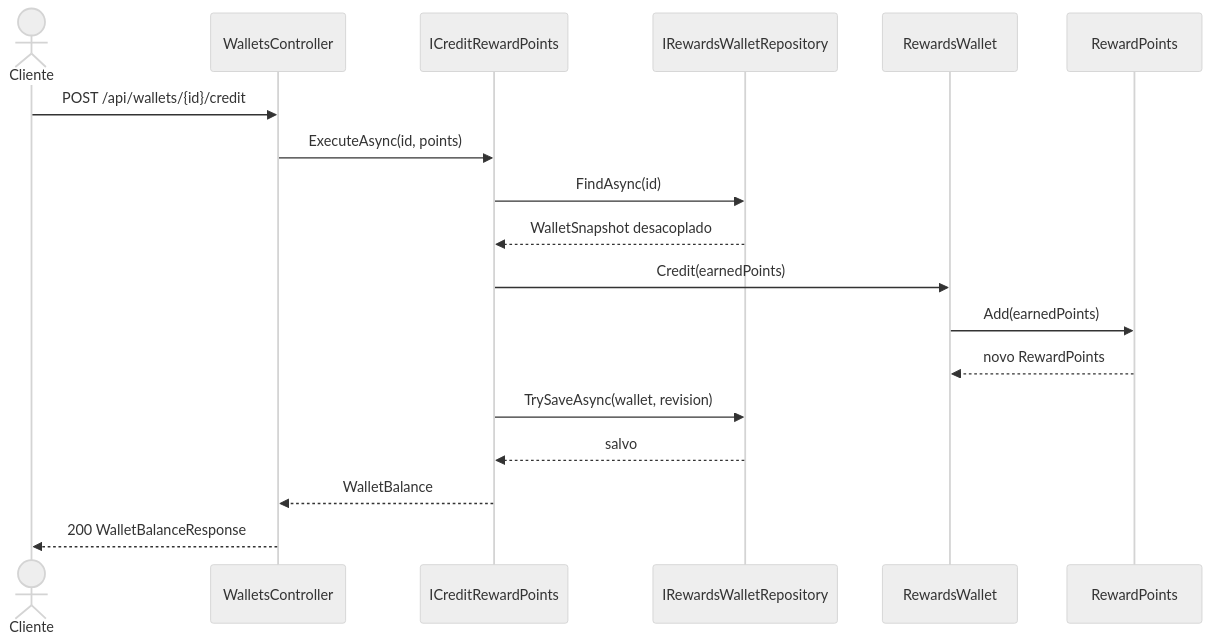
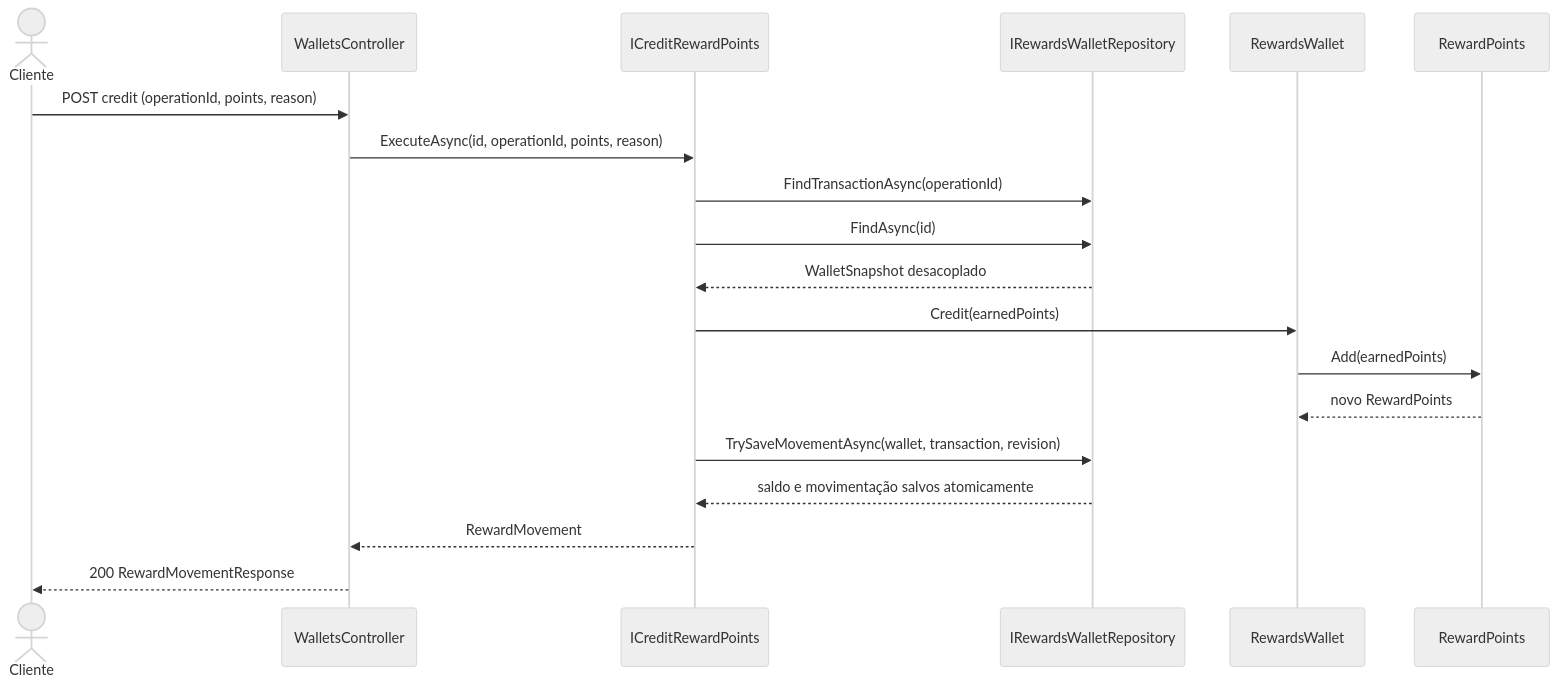
The first of 4 diagrams in README.pt-BR.md (rfulgencio3/RewardFlow.SuppleDesign), drawn with Mermaid (neutral theme) before and after one commit. The commit also changed other lines of this file and 27 other files, not shown here.

Commit message:
feat: add idempotent reward transaction ledger (#15)

```diff
--- a/README.pt-BR.md
+++ b/README.pt-BR.md
@@ -171,21 +181,22 @@
 ~~~mermaid
 sequenceDiagram
     actor Cliente
     participant API as WalletsController
     participant CasoDeUso as ICreditRewardPoints
     participant Repositorio as IRewardsWalletRepository
     participant Carteira as RewardsWallet
     participant Pontos as RewardPoints
 
-    Cliente->>API: POST /api/wallets/{id}/credit
-    API->>CasoDeUso: ExecuteAsync(id, points)
+    Cliente->>API: POST credit (operationId, points, reason)
+    API->>CasoDeUso: ExecuteAsync(id, operationId, points, reason)
+    CasoDeUso->>Repositorio: FindTransactionAsync(operationId)
     CasoDeUso->>Repositorio: FindAsync(id)
     Repositorio-->>CasoDeUso: WalletSnapshot desacoplado
     CasoDeUso->>Carteira: Credit(earnedPoints)
     Carteira->>Pontos: Add(earnedPoints)
     Pontos-->>Carteira: novo RewardPoints
-    CasoDeUso->>Repositorio: TrySaveAsync(wallet, revision)
-    Repositorio-->>CasoDeUso: salvo
-    CasoDeUso-->>API: WalletBalance
-    API-->>Cliente: 200 WalletBalanceResponse
+    CasoDeUso->>Repositorio: TrySaveMovementAsync(wallet, transaction, revision)
+    Repositorio-->>CasoDeUso: saldo e movimentação salvos atomicamente
+    CasoDeUso-->>API: RewardMovement
+    API-->>Cliente: 200 RewardMovementResponse
 ~~~
```
